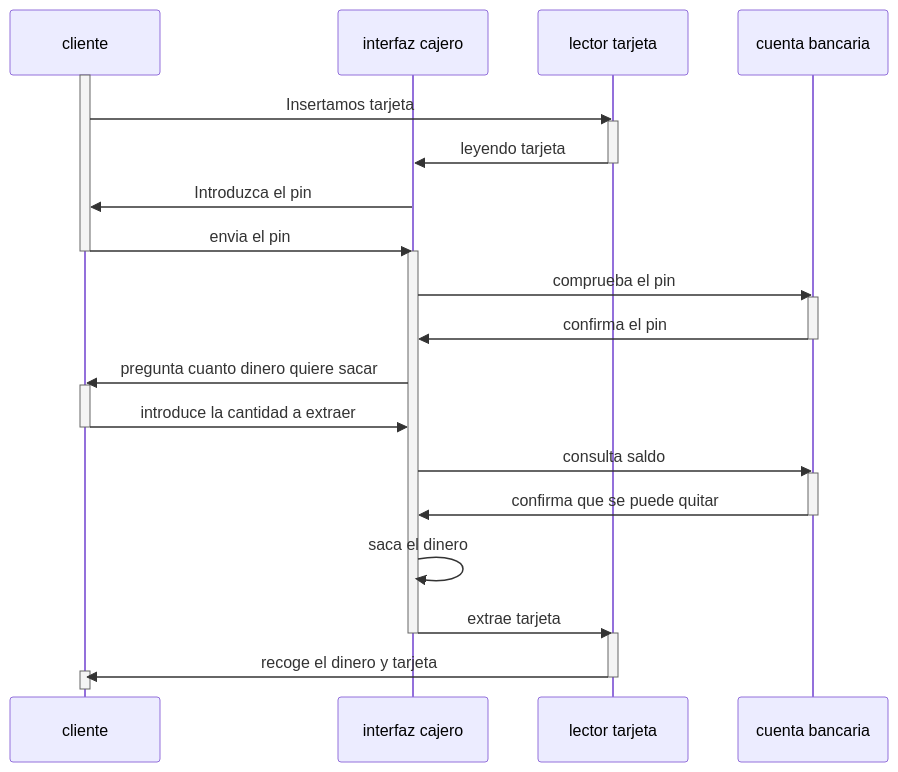
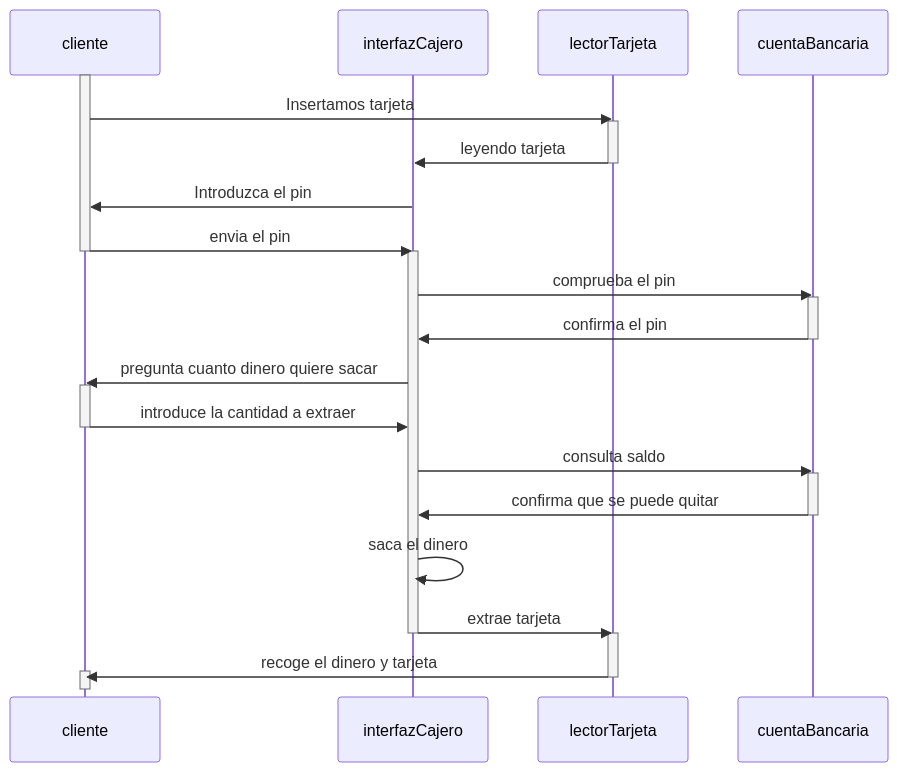
One commit to a19albertons/6.3_cd changed the diagram in archivo.md. Above: the diagram before and after it, drawn with Mermaid.

Commit message:
codigo mermaid nuevamente actualizado

````diff
--- a/archivo.md
+++ b/archivo.md
@@ -5,45 +5,45 @@
 ```mermaid
 sequenceDiagram
 participant cliente
-participant interfaz cajero
-participant lector tarjeta
-participant cuenta bancaria
+participant interfazCajero
+participant lectorTarjeta
+participant cuentaBancaria
 
 
 %% enchufar tarjeta
 activate cliente
-cliente ->> lector tarjeta: Insertamos tarjeta
-activate lector tarjeta
-lector tarjeta ->> interfaz cajero: leyendo tarjeta
-deactivate lector tarjeta
-interfaz cajero ->> cliente: Introduzca el pin
-cliente ->> interfaz cajero: envia el pin
+cliente ->> lectorTarjeta: Insertamos tarjeta
+activate lectorTarjeta
+lectorTarjeta ->> interfazCajero: leyendo tarjeta
+deactivate lectorTarjeta
+interfazCajero ->> cliente: Introduzca el pin
+cliente ->> interfazCajero: envia el pin
 deactivate cliente
-activate interfaz cajero
-interfaz cajero ->> cuenta bancaria: comprueba el pin
-activate cuenta bancaria
-cuenta bancaria ->> interfaz cajero: confirma el pin
-deactivate cuenta bancaria
+activate interfazCajero
+interfazCajero ->> cuentaBancaria: comprueba el pin
+activate cuentaBancaria
+cuentaBancaria ->> interfazCajero: confirma el pin
+deactivate cuentaBancaria
 
 
 
 %% realizar operaciones sobre tarjeta
-interfaz cajero ->> cliente: pregunta cuanto dinero quiere sacar
+interfazCajero ->> cliente: pregunta cuanto dinero quiere sacar
 activate cliente
-cliente ->> interfaz cajero: introduce la cantidad a extraer
+cliente ->> interfazCajero: introduce la cantidad a extraer
 deactivate cliente
-interfaz cajero ->> cuenta bancaria: consulta saldo
-activate cuenta bancaria
-cuenta bancaria ->> interfaz cajero: confirma que se puede quitar
-deactivate cuenta bancaria
-interfaz cajero ->> interfaz cajero: saca el dinero
+interfazCajero ->> cuentaBancaria: consulta saldo
+activate cuentaBancaria
+cuentaBancaria ->> interfazCajero: confirma que se puede quitar
+deactivate cuentaBancaria
+interfazCajero ->> interfazCajero: saca el dinero
 
 %% pasos finales
-interfaz cajero ->> lector tarjeta: extrae tarjeta
-deactivate interfaz cajero
-activate lector tarjeta
-lector tarjeta ->> cliente: recoge el dinero y tarjeta
-deactivate lector tarjeta
+interfazCajero ->> lectorTarjeta: extrae tarjeta
+deactivate interfazCajero
+activate lectorTarjeta
+lectorTarjeta ->> cliente: recoge el dinero y tarjeta
+deactivate lectorTarjeta
 activate cliente
 deactivate cliente
 ```
````
